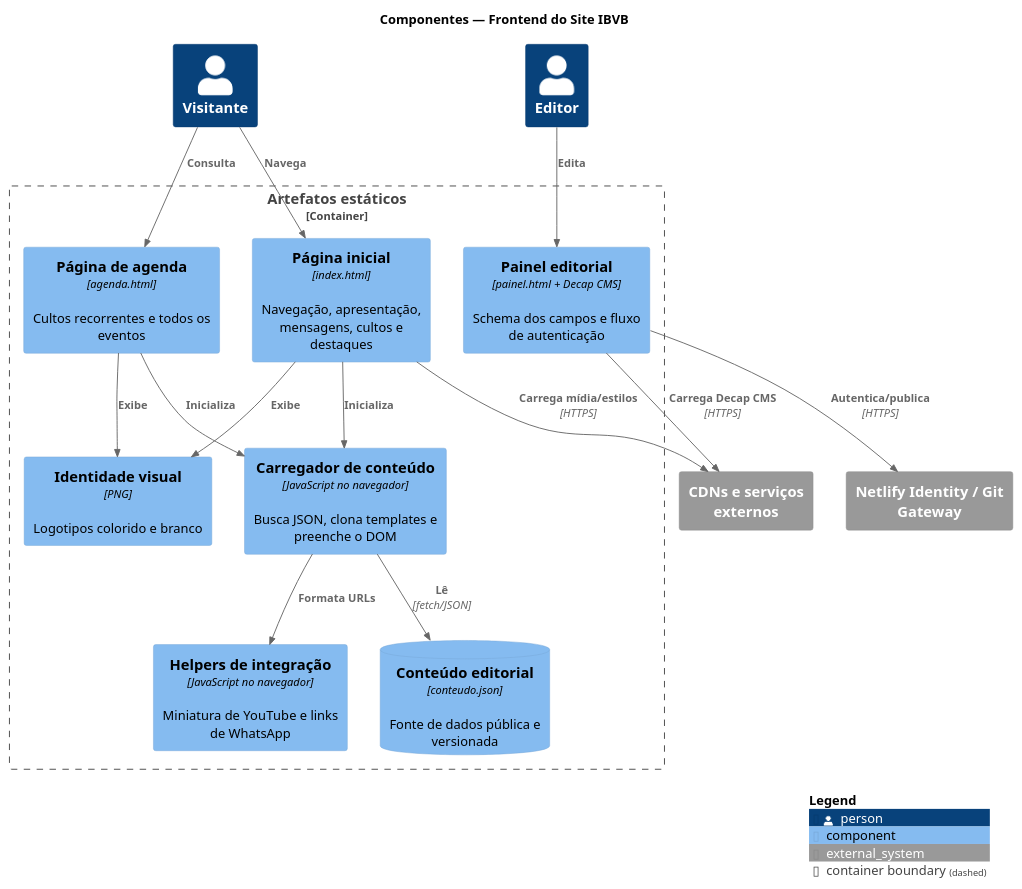
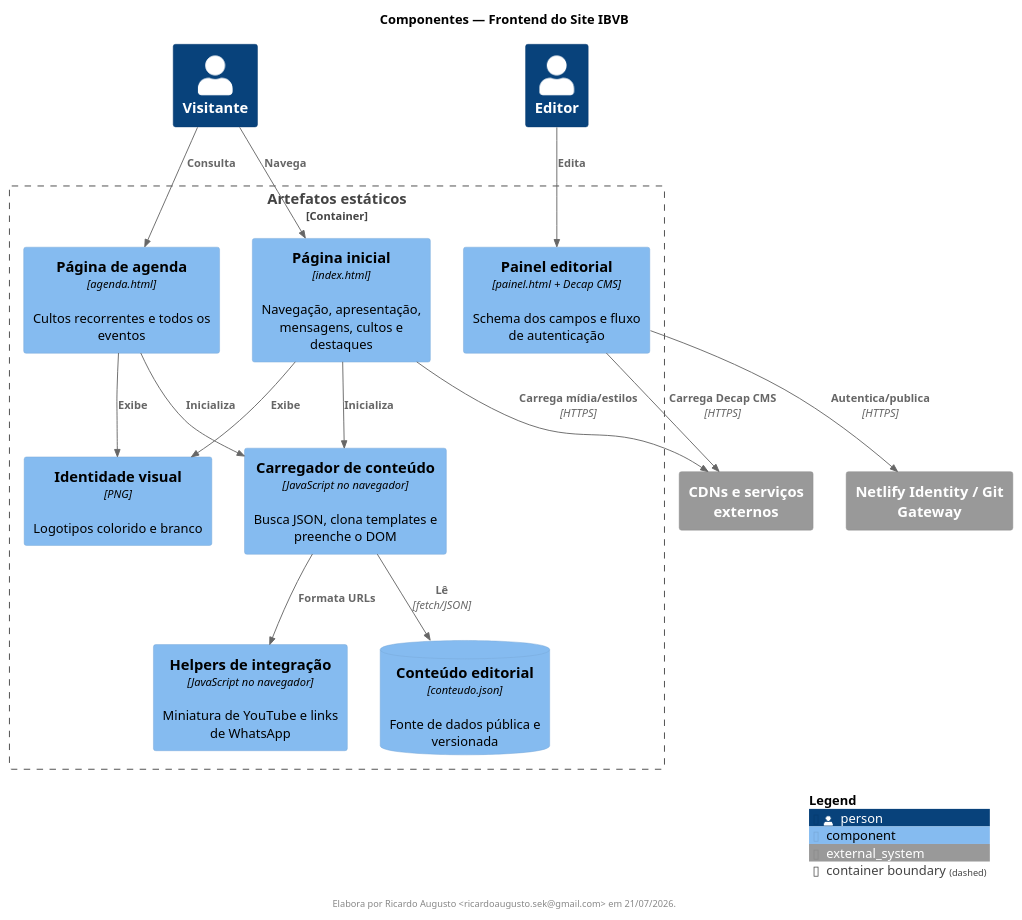
Before and after one commit to agenciaho/site-ibvb: the diagram in documentacao/devops/c4-componentes.puml, drawn with PlantUML. The commit also changed 8 other files, not shown here.

```diff
--- a/documentacao/devops/c4-componentes.puml
+++ b/documentacao/devops/c4-componentes.puml
@@ -1,36 +1,38 @@
 @startuml C4_Componentes_IBVB
 !includeurl https://raw.githubusercontent.com/plantuml-stdlib/C4-PlantUML/master/C4_Component.puml
 
 title Componentes — Frontend do Site IBVB
 
 Person(visitante, "Visitante")
 Person(editor, "Editor")
 
 Container_Boundary(frontend, "Artefatos estáticos") {
   Component(home, "Página inicial", "index.html", "Navegação, apresentação, mensagens, cultos e destaques")
   Component(agenda, "Página de agenda", "agenda.html", "Cultos recorrentes e todos os eventos")
   Component(loader, "Carregador de conteúdo", "JavaScript no navegador", "Busca JSON, clona templates e preenche o DOM")
   Component(helpers, "Helpers de integração", "JavaScript no navegador", "Miniatura de YouTube e links de WhatsApp")
   Component(panel, "Painel editorial", "painel.html + Decap CMS", "Schema dos campos e fluxo de autenticação")
   ComponentDb(json, "Conteúdo editorial", "conteudo.json", "Fonte de dados pública e versionada")
   Component(assets, "Identidade visual", "PNG", "Logotipos colorido e branco")
 }
 
 System_Ext(identity, "Netlify Identity / Git Gateway")
 System_Ext(external, "CDNs e serviços externos")
 
 Rel(visitante, home, "Navega")
 Rel(visitante, agenda, "Consulta")
 Rel(editor, panel, "Edita")
 Rel(home, loader, "Inicializa")
 Rel(agenda, loader, "Inicializa")
 Rel(loader, json, "Lê", "fetch/JSON")
 Rel(loader, helpers, "Formata URLs")
 Rel(home, assets, "Exibe")
 Rel(agenda, assets, "Exibe")
 Rel(panel, identity, "Autentica/publica", "HTTPS")
 Rel(panel, external, "Carrega Decap CMS", "HTTPS")
 Rel(home, external, "Carrega mídia/estilos", "HTTPS")
 
+footer Elabora por Ricardo Augusto <ricardoaugusto.sek@gmail.com> em 21/07/2026.
+
 SHOW_LEGEND()
 @enduml
```
